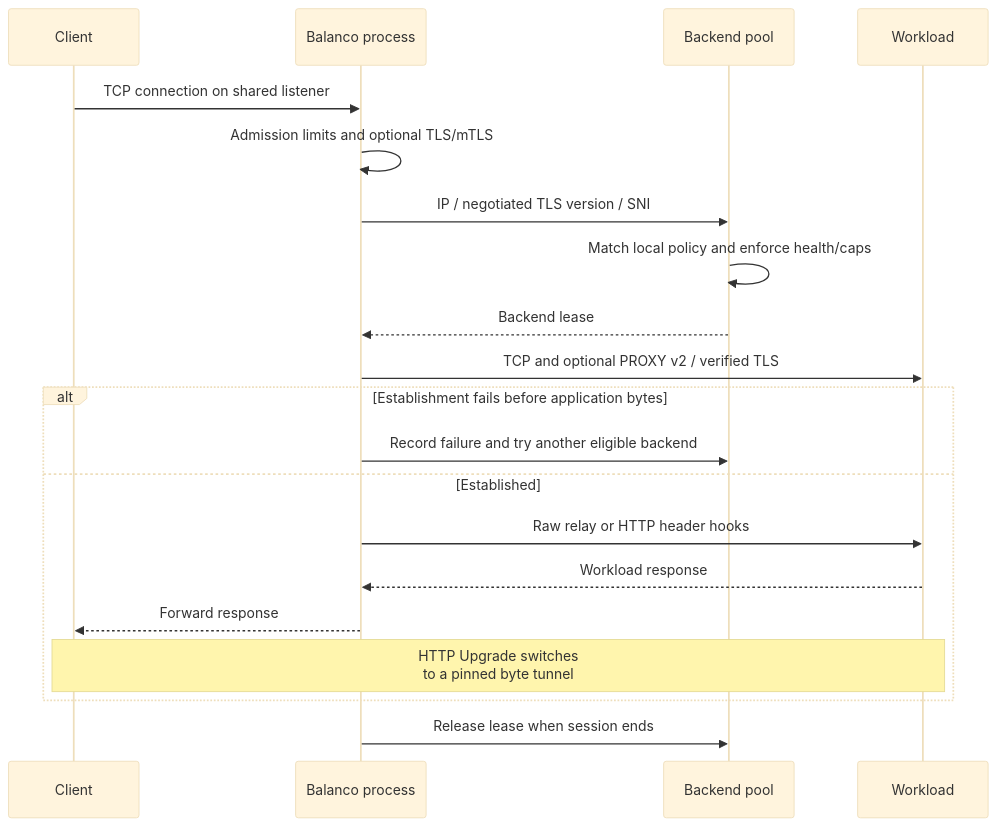
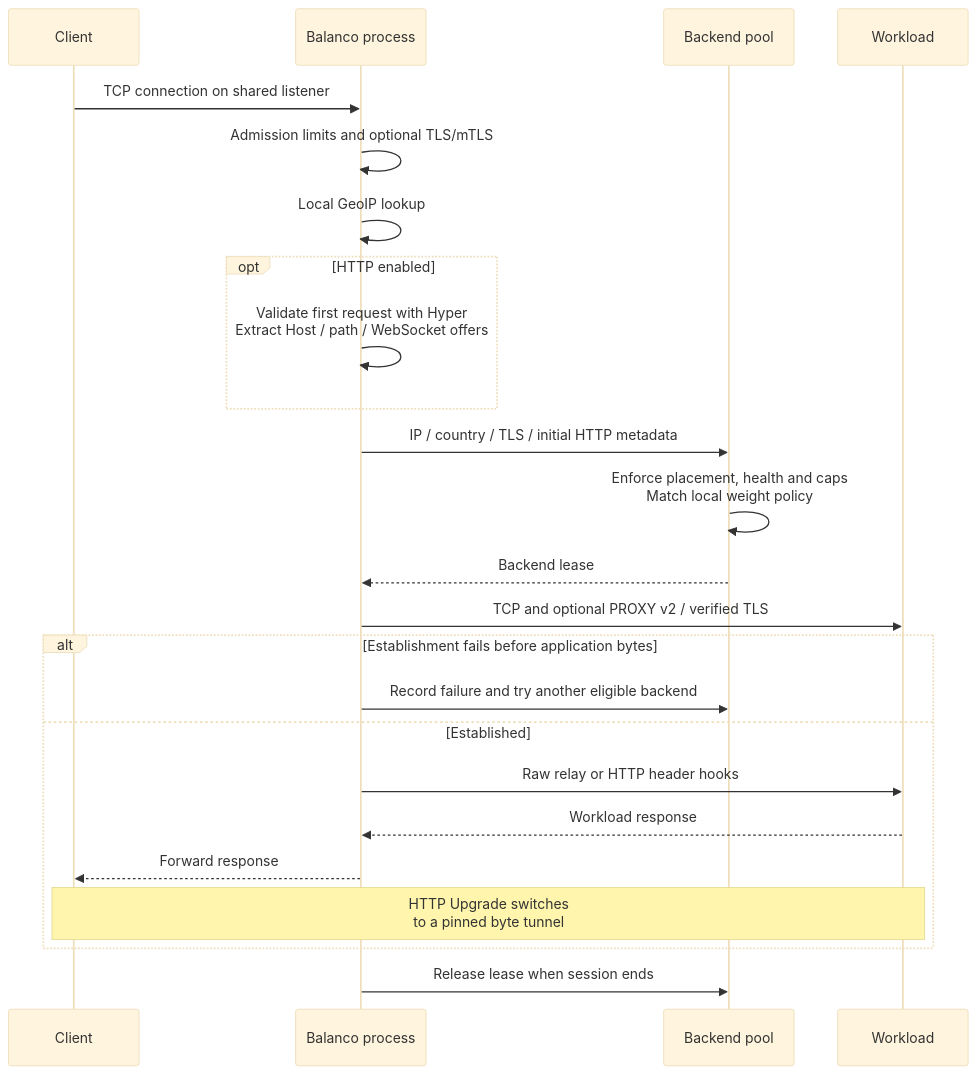
Before and after one commit to tsener/balanco: the third of 4 diagrams in docs/diagrams.md, drawn with Mermaid (base theme). The commit also changed other lines of this file and 23 other files, not shown here.

Commit message:
Route by GeoIP and first HTTP metadata with a Jev policy controller

````diff
--- a/docs/diagrams.md
+++ b/docs/diagrams.md
@@ -92,22 +96,26 @@
 ```mermaid
 sequenceDiagram
     participant C as Client
     participant P as Balanco process
     participant S as Backend pool
     participant B as Workload
     C->>P: TCP connection on shared listener
     P->>P: Admission limits and optional TLS/mTLS
-    P->>S: IP / negotiated TLS version / SNI
-    S->>S: Match local policy and enforce health/caps
+    P->>P: Local GeoIP lookup
+    opt HTTP enabled
+        P->>P: Validate first request with Hyper<br/>Extract Host / path / WebSocket offers
+    end
+    P->>S: IP / country / TLS / initial HTTP metadata
+    S->>S: Enforce placement, health and caps<br/>Match local weight policy
     S-->>P: Backend lease
     P->>B: TCP and optional PROXY v2 / verified TLS
     alt Establishment fails before application bytes
         P->>S: Record failure and try another eligible backend
     else Established
         P->>B: Raw relay or HTTP header hooks
         B-->>P: Workload response
         P-->>C: Forward response
         Note over C,B: HTTP Upgrade switches<br/>to a pinned byte tunnel
     end
     P->>S: Release lease when session ends
 ```
````
